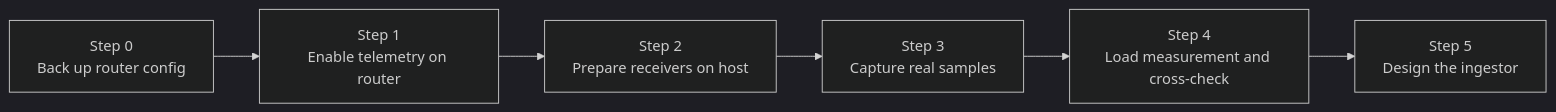
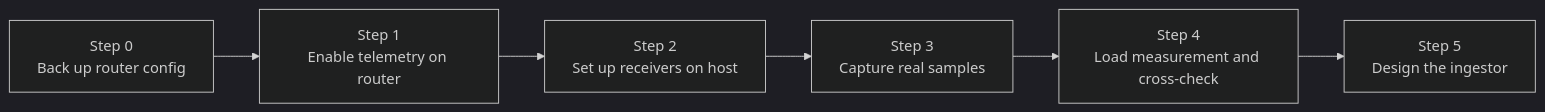
Before and after one commit to RStephanH/NAD: the second of 2 diagrams in docs/guides/01-telemetry-and-ingestion.md, drawn with Mermaid (dark theme). The commit also changed other lines of this file and 10 other files, not shown here.

First line of the commit message:
docs: document VPS-hosted NAD architecture over WireGuard

````diff
--- a/docs/guides/01-telemetry-and-ingestion.md
+++ b/docs/guides/01-telemetry-and-ingestion.md
@@ -68,8 +95,8 @@
 ```mermaid
 flowchart LR
   S0["Step 0<br/>Back up router config"] --> S1["Step 1<br/>Enable telemetry on router"]
-  S1 --> S2["Step 2<br/>Prepare receivers on host"]
+  S1 --> S2["Step 2<br/>Set up receivers on host"]
   S2 --> S3["Step 3<br/>Capture real samples"]
   S3 --> S4["Step 4<br/>Load measurement and cross-check"]
   S4 --> S5["Step 5<br/>Design the ingestor"]
 ```
````
